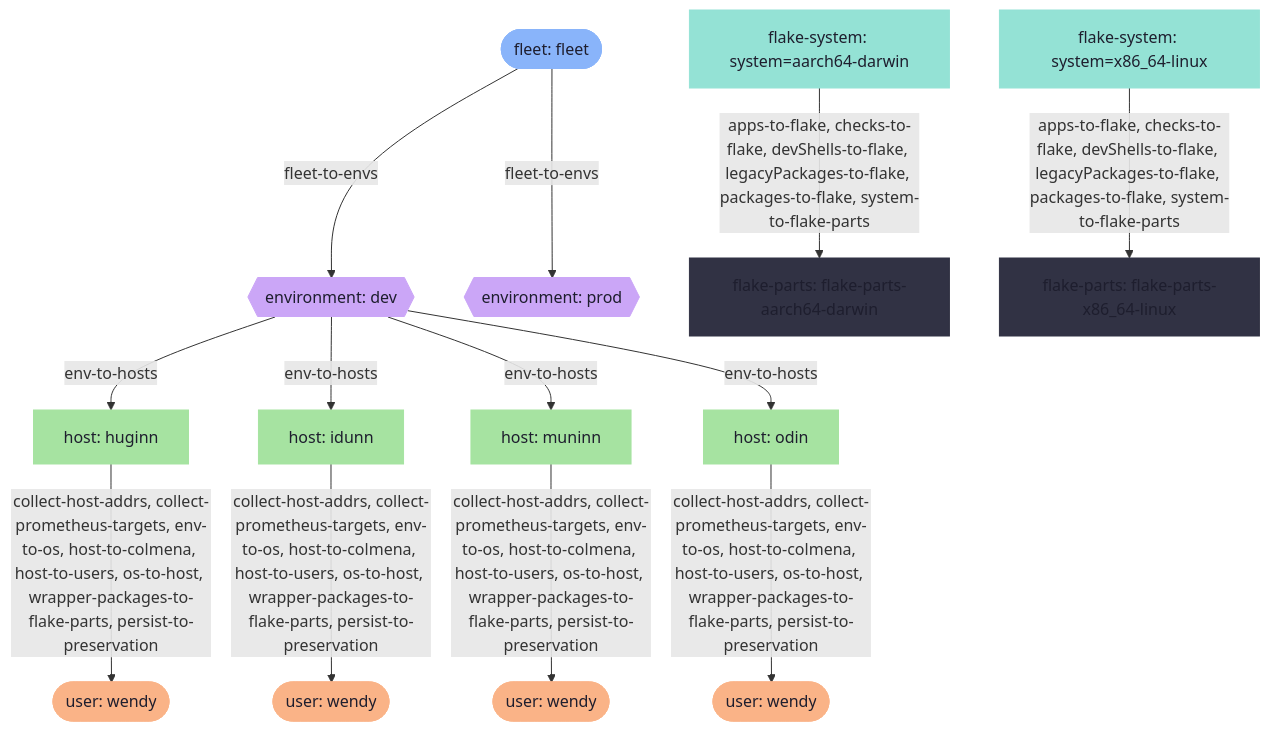
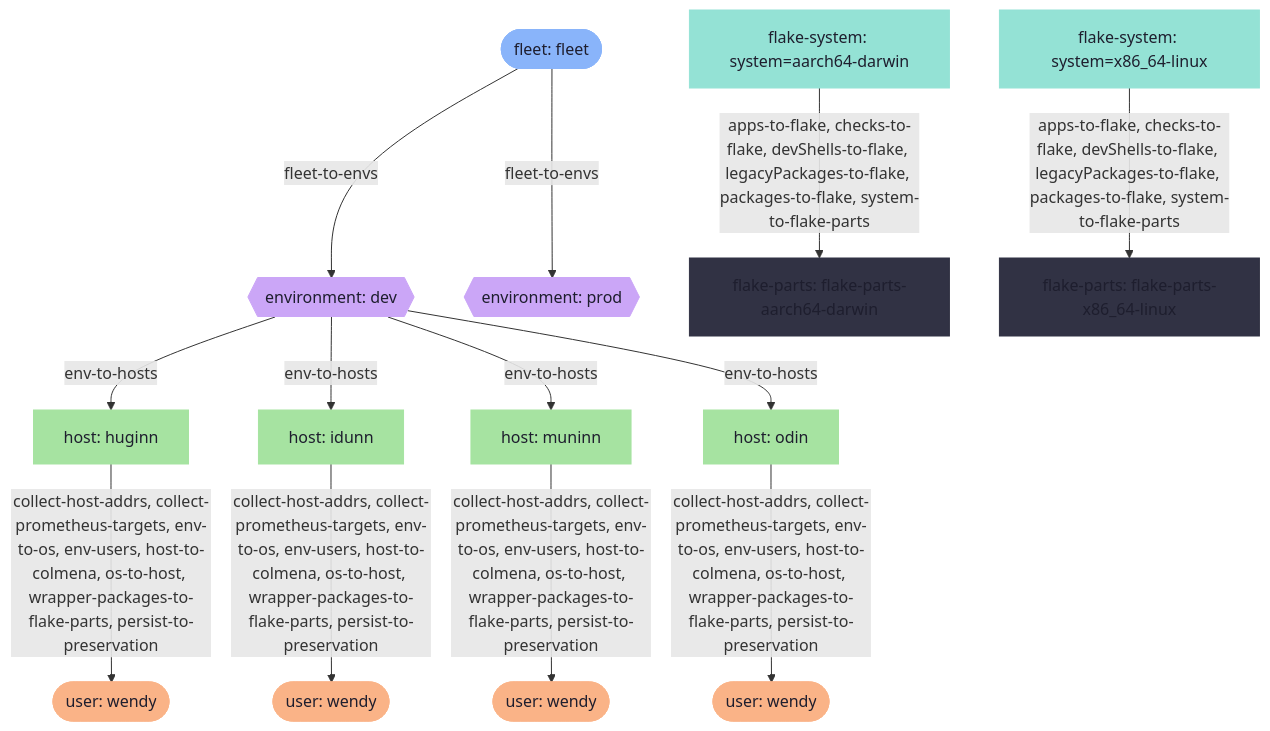
One commit to illusaen/denix changed the second of 4 diagrams in README.md. Above: the diagram before and after it, drawn with Mermaid. The commit also changed other lines of this file and 4 other files, not shown here.

````diff
--- a/README.md
+++ b/README.md
@@ -58,47 +58,47 @@
 ```mermaid
 graph TD
   accessGroups__list_accessGroups__environment_dev_fleet_fleet_host_huginn["host: huginn"]
   accessGroups__list_accessGroups__environment_dev_fleet_fleet_host_huginn_user_wendy(["user: wendy"])
   accessGroups__list_accessGroups__environment_dev_fleet_fleet_host_idunn["host: idunn"]
   accessGroups__list_accessGroups__environment_dev_fleet_fleet_host_idunn_user_wendy(["user: wendy"])
   accessGroups__list_accessGroups__environment_dev_fleet_fleet_host_muninn["host: muninn"]
   accessGroups__list_accessGroups__environment_dev_fleet_fleet_host_muninn_user_wendy(["user: wendy"])
   accessGroups__list_accessGroups__environment_dev_fleet_fleet_host_odin["host: odin"]
   accessGroups__list_accessGroups__environment_dev_fleet_fleet_host_odin_user_wendy(["user: wendy"])
   environment_dev_fleet_fleet{{"environment: dev"}}
   environment_prod_fleet_fleet{{"environment: prod"}}
   flake_parts_flake_parts_aarch64_darwin_system_aarch64_darwin["flake-parts: flake-parts-aarch64-darwin"]
   flake_parts_flake_parts_x86_64_linux_system_x86_64_linux["flake-parts: flake-parts-x86_64-linux"]
   fleet_fleet(["fleet: fleet"])
   system_aarch64_darwin["flake-system: system=aarch64-darwin"]
   system_x86_64_linux["flake-system: system=x86_64-linux"]
 
   environment_dev_fleet_fleet -->|env-to-hosts| accessGroups__list_accessGroups__environment_dev_fleet_fleet_host_huginn
-  accessGroups__list_accessGroups__environment_dev_fleet_fleet_host_huginn -->|collect-host-addrs, collect-prometheus-targets, env-to-os, host-to-colmena, host-to-users, os-to-host, wrapper-packages-to-flake-parts, persist-to-preservation| accessGroups__list_accessGroups__environment_dev_fleet_fleet_host_huginn_user_wendy
+  accessGroups__list_accessGroups__environment_dev_fleet_fleet_host_huginn -->|collect-host-addrs, collect-prometheus-targets, env-to-os, env-users, host-to-colmena, os-to-host, wrapper-packages-to-flake-parts, persist-to-preservation| accessGroups__list_accessGroups__environment_dev_fleet_fleet_host_huginn_user_wendy
   environment_dev_fleet_fleet -->|env-to-hosts| accessGroups__list_accessGroups__environment_dev_fleet_fleet_host_idunn
-  accessGroups__list_accessGroups__environment_dev_fleet_fleet_host_idunn -->|collect-host-addrs, collect-prometheus-targets, env-to-os, host-to-colmena, host-to-users, os-to-host, wrapper-packages-to-flake-parts, persist-to-preservation| accessGroups__list_accessGroups__environment_dev_fleet_fleet_host_idunn_user_wendy
+  accessGroups__list_accessGroups__environment_dev_fleet_fleet_host_idunn -->|collect-host-addrs, collect-prometheus-targets, env-to-os, env-users, host-to-colmena, os-to-host, wrapper-packages-to-flake-parts, persist-to-preservation| accessGroups__list_accessGroups__environment_dev_fleet_fleet_host_idunn_user_wendy
   environment_dev_fleet_fleet -->|env-to-hosts| accessGroups__list_accessGroups__environment_dev_fleet_fleet_host_muninn
-  accessGroups__list_accessGroups__environment_dev_fleet_fleet_host_muninn -->|collect-host-addrs, collect-prometheus-targets, env-to-os, host-to-colmena, host-to-users, os-to-host, wrapper-packages-to-flake-parts, persist-to-preservation| accessGroups__list_accessGroups__environment_dev_fleet_fleet_host_muninn_user_wendy
+  accessGroups__list_accessGroups__environment_dev_fleet_fleet_host_muninn -->|collect-host-addrs, collect-prometheus-targets, env-to-os, env-users, host-to-colmena, os-to-host, wrapper-packages-to-flake-parts, persist-to-preservation| accessGroups__list_accessGroups__environment_dev_fleet_fleet_host_muninn_user_wendy
   environment_dev_fleet_fleet -->|env-to-hosts| accessGroups__list_accessGroups__environment_dev_fleet_fleet_host_odin
-  accessGroups__list_accessGroups__environment_dev_fleet_fleet_host_odin -->|collect-host-addrs, collect-prometheus-targets, env-to-os, host-to-colmena, host-to-users, os-to-host, wrapper-packages-to-flake-parts, persist-to-preservation| accessGroups__list_accessGroups__environment_dev_fleet_fleet_host_odin_user_wendy
+  accessGroups__list_accessGroups__environment_dev_fleet_fleet_host_odin -->|collect-host-addrs, collect-prometheus-targets, env-to-os, env-users, host-to-colmena, os-to-host, wrapper-packages-to-flake-parts, persist-to-preservation| accessGroups__list_accessGroups__environment_dev_fleet_fleet_host_odin_user_wendy
   fleet_fleet -->|fleet-to-envs| environment_dev_fleet_fleet
   fleet_fleet -->|fleet-to-envs| environment_prod_fleet_fleet
   system_aarch64_darwin -->|apps-to-flake, checks-to-flake, devShells-to-flake, legacyPackages-to-flake, packages-to-flake, system-to-flake-parts| flake_parts_flake_parts_aarch64_darwin_system_aarch64_darwin
   system_x86_64_linux -->|apps-to-flake, checks-to-flake, devShells-to-flake, legacyPackages-to-flake, packages-to-flake, system-to-flake-parts| flake_parts_flake_parts_x86_64_linux_system_x86_64_linux
 
   style accessGroups__list_accessGroups__environment_dev_fleet_fleet_host_huginn fill:#a6e3a1,stroke:#a6e3a1,color:#1e1e2e
   style accessGroups__list_accessGroups__environment_dev_fleet_fleet_host_huginn_user_wendy fill:#fab387,stroke:#fab387,color:#1e1e2e
   style accessGroups__list_accessGroups__environment_dev_fleet_fleet_host_idunn fill:#a6e3a1,stroke:#a6e3a1,color:#1e1e2e
   style accessGroups__list_accessGroups__environment_dev_fleet_fleet_host_idunn_user_wendy fill:#fab387,stroke:#fab387,color:#1e1e2e
   style accessGroups__list_accessGroups__environment_dev_fleet_fleet_host_muninn fill:#a6e3a1,stroke:#a6e3a1,color:#1e1e2e
   style accessGroups__list_accessGroups__environment_dev_fleet_fleet_host_muninn_user_wendy fill:#fab387,stroke:#fab387,color:#1e1e2e
   style accessGroups__list_accessGroups__environment_dev_fleet_fleet_host_odin fill:#a6e3a1,stroke:#a6e3a1,color:#1e1e2e
   style accessGroups__list_accessGroups__environment_dev_fleet_fleet_host_odin_user_wendy fill:#fab387,stroke:#fab387,color:#1e1e2e
   style environment_dev_fleet_fleet fill:#cba6f7,stroke:#cba6f7,color:#1e1e2e
   style environment_prod_fleet_fleet fill:#cba6f7,stroke:#cba6f7,color:#1e1e2e
   style flake_parts_flake_parts_aarch64_darwin_system_aarch64_darwin fill:#313244,stroke:#313244,color:#1e1e2e
   style flake_parts_flake_parts_x86_64_linux_system_x86_64_linux fill:#313244,stroke:#313244,color:#1e1e2e
   style fleet_fleet fill:#89b4fa,stroke:#89b4fa,color:#1e1e2e
   style system_aarch64_darwin fill:#94e2d5,stroke:#94e2d5,color:#1e1e2e
   style system_x86_64_linux fill:#94e2d5,stroke:#94e2d5,color:#1e1e2e
 ```
````
